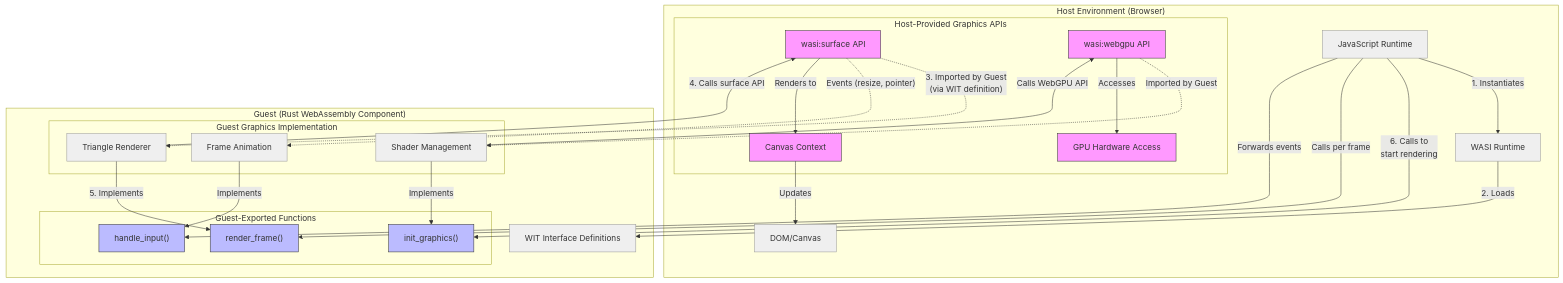
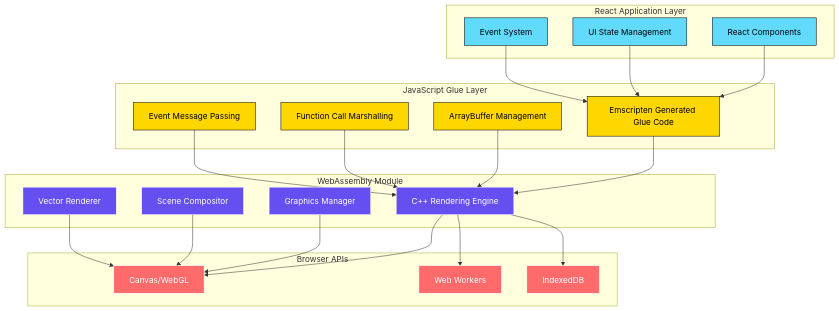
One commit to hector-crean/wasi changed the first of 3 diagrams in readme.md. Above: the diagram before and after it, drawn with Mermaid. The commit also changed other lines of this file and 11 other files, not shown here.

````diff
--- a/readme.md
+++ b/readme.md
@@ -52,70 +15,55 @@
 ```mermaid
 graph TB
-    %% Define main containers
-    subgraph "Host Environment (Browser)"
-        JS["JavaScript Runtime"]
-        DOM["DOM/Canvas"]
-        WASI["WASI Runtime"]
-        
-        %% Host-provided graphics functions
-        subgraph "Host-Provided Graphics APIs"
-            H1["wasi:surface API"]
-            H2["wasi:webgpu API"]
-            H3["GPU Hardware Access"]
-            H4["Canvas Context"]
-        end
+    subgraph "React Application Layer"
+        RC["React Components"]
+        UI["UI State Management"]
+        ES["Event System"]
     end
     
-    subgraph "Guest (Rust WebAssembly Component)"
-        WIT["WIT Interface Definitions"]
-        
-        subgraph "Guest Graphics Implementation"
-            G1["Triangle Renderer"]
-            G2["Shader Management"]
-            G3["Frame Animation"]
-        end
-        
-        subgraph "Guest-Exported Functions"
-            E1["render_frame()"]
-            E2["init_graphics()"]
-            E3["handle_input()"]
-        end
+    subgraph "JavaScript Glue Layer"
+        GL["Emscripten Generated Glue Code"]
+        AB["ArrayBuffer Management"]
+        FC["Function Call Marshalling"]
+        EM["Event Message Passing"]
     end
     
-    %% Define relationships and data flow
-    JS -- "1. Instantiates" --> WASI
-    WASI -- "2. Loads" --> WIT
+    subgraph "WebAssembly Module"
+        CE["C++ Rendering Engine"]
+        GM["Graphics Manager"]
+        SC["Scene Compositor"]
+        VR["Vector Renderer"]
+    end
     
-    %% Host → Guest function calls
-    H1 -. "3. Imported by Guest\n(via WIT definition)" .-> G1
-    H2 -. "Imported by Guest" .-> G2
-    H1 -. "Events (resize, pointer)" .-> G3
+    subgraph "Browser APIs"
+        CV["Canvas/WebGL"]
+        WW["Web Workers"]
+        IDB["IndexedDB"]
+    end
     
-    %% Guest implementation calls host functions
-    G1 -- "4. Calls surface API" --> H1
-    G2 -- "Calls WebGPU API" --> H2
-    H2 -- "Accesses" --> H3
-    H1 -- "Renders to" --> H4
+    RC --> GL
+    UI --> GL
+    ES --> GL
     
-    %% Guest → Host function calls (exports)
-    G1 -- "5. Implements" --> E1
-    G2 -- "Implements" --> E2
-    G3 -- "Implements" --> E3
+    GL --> CE
+    AB --> CE
+    FC --> CE
+    EM --> CE
     
-    %% Host calls guest exports
-    JS -- "6. Calls to\nstart rendering" --> E2
-    JS -- "Calls per frame" --> E1
-    JS -- "Forwards events" --> E3
+    CE --> CV
+    GM --> CV
+    SC --> CV
+    VR --> CV
     
-    %% Host implementation details
-    H4 -- "Updates" --> DOM
+    CE --> WW
+    CE --> IDB
     
-    %% Add descriptions
-    classDef hostFn fill:#f9f,stroke:#333,stroke-width:1px
-    classDef guestFn fill:#bbf,stroke:#333,stroke-width:1px
-    classDef container fill:#efefef,stroke:#999,stroke-width:1px
+    classDef react fill:#61dafb,stroke:#000,color:#000
+    classDef glue fill:#ffd700,stroke:#000,color:#000
+    classDef wasm fill:#654ff0,stroke:#fff,color:#fff
+    classDef browser fill:#ff6b6b,stroke:#fff,color:#fff
     
-    class H1,H2,H3,H4 hostFn
-    class E1,E2,E3 guestFn
-    class JS,DOM,WASI,WIT,G1,G2,G3 container
+    class RC,UI,ES react
+    class GL,AB,FC,EM glue
+    class CE,GM,SC,VR wasm
+    class CV,WW,IDB browser
 ```
````
